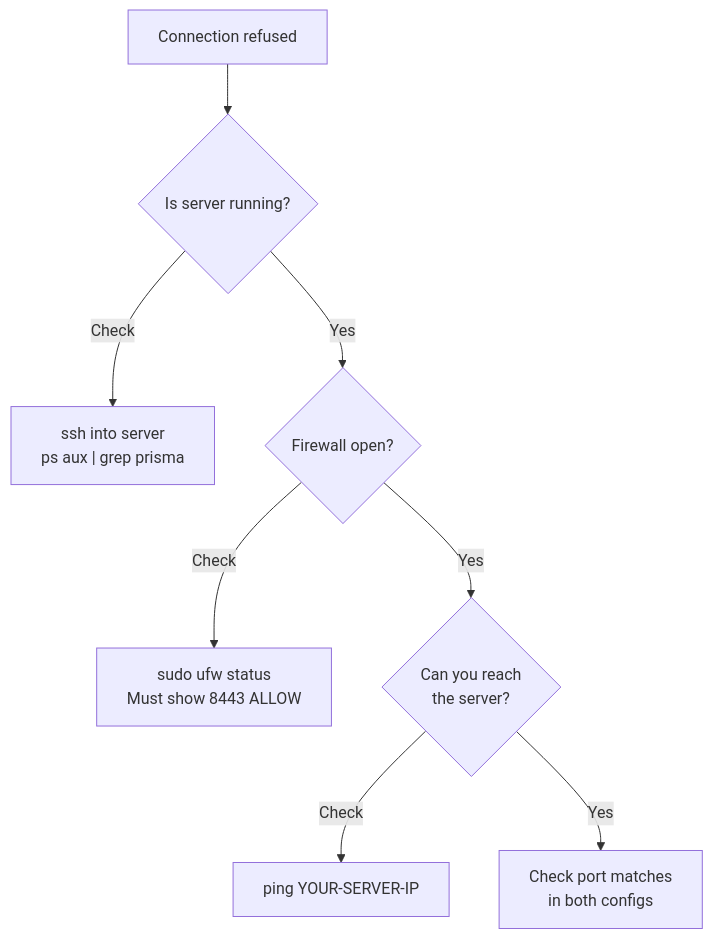
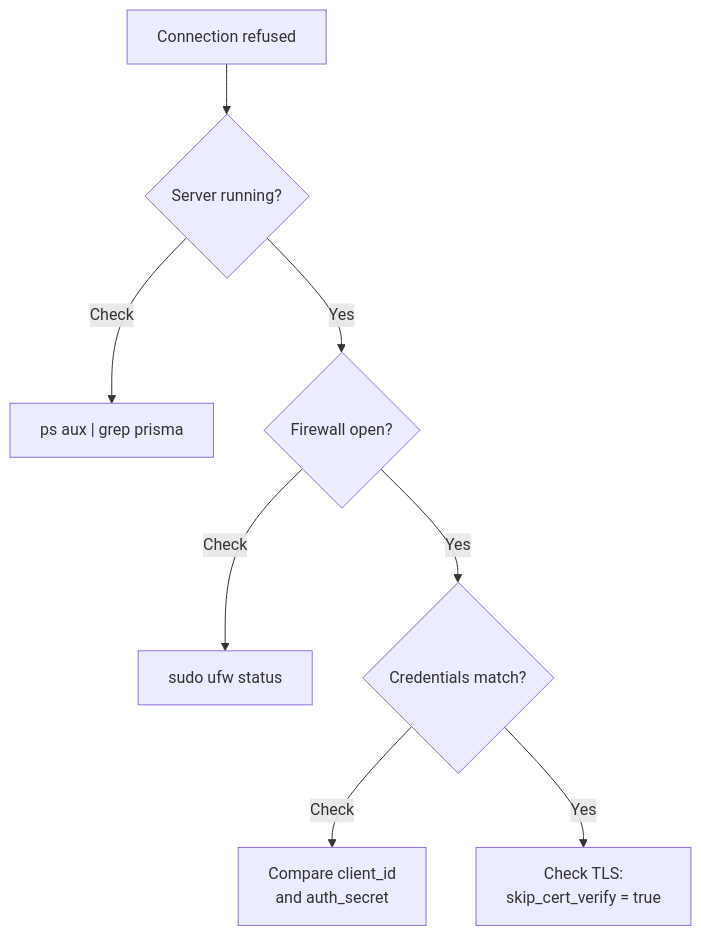
Before and after one commit to prisma-proxy/prisma: the second of 3 diagrams in prisma-docs/guide/first-connection.md, drawn with Mermaid. The commit also changed other lines of this file and 37 other files, not shown here.

First line of the commit message:
docs: rewrite guide with 30+ Mermaid diagrams, fix multi-instance config

````diff
--- a/prisma-docs/guide/first-connection.md
+++ b/prisma-docs/guide/first-connection.md
@@ -159,10 +72,10 @@
 ```mermaid
 graph TD
-    A["Connection refused"] --> B{"Is server running?"}
-    B -->|"Check"| B1["ssh into server\nps aux | grep prisma"]
+    A["Connection refused"] --> B{"Server running?"}
+    B -->|"Check"| B1["ps aux | grep prisma"]
     B -->|"Yes"| C{"Firewall open?"}
-    C -->|"Check"| C1["sudo ufw status\nMust show 8443 ALLOW"]
-    C -->|"Yes"| D{"Can you reach\nthe server?"}
-    D -->|"Check"| D1["ping YOUR-SERVER-IP"]
-    D -->|"Yes"| E["Check port matches\nin both configs"]
+    C -->|"Check"| C1["sudo ufw status"]
+    C -->|"Yes"| D{"Credentials match?"}
+    D -->|"Check"| D1["Compare client_id\nand auth_secret"]
+    D -->|"Yes"| E["Check TLS:\nskip_cert_verify = true"]
 ```
````
